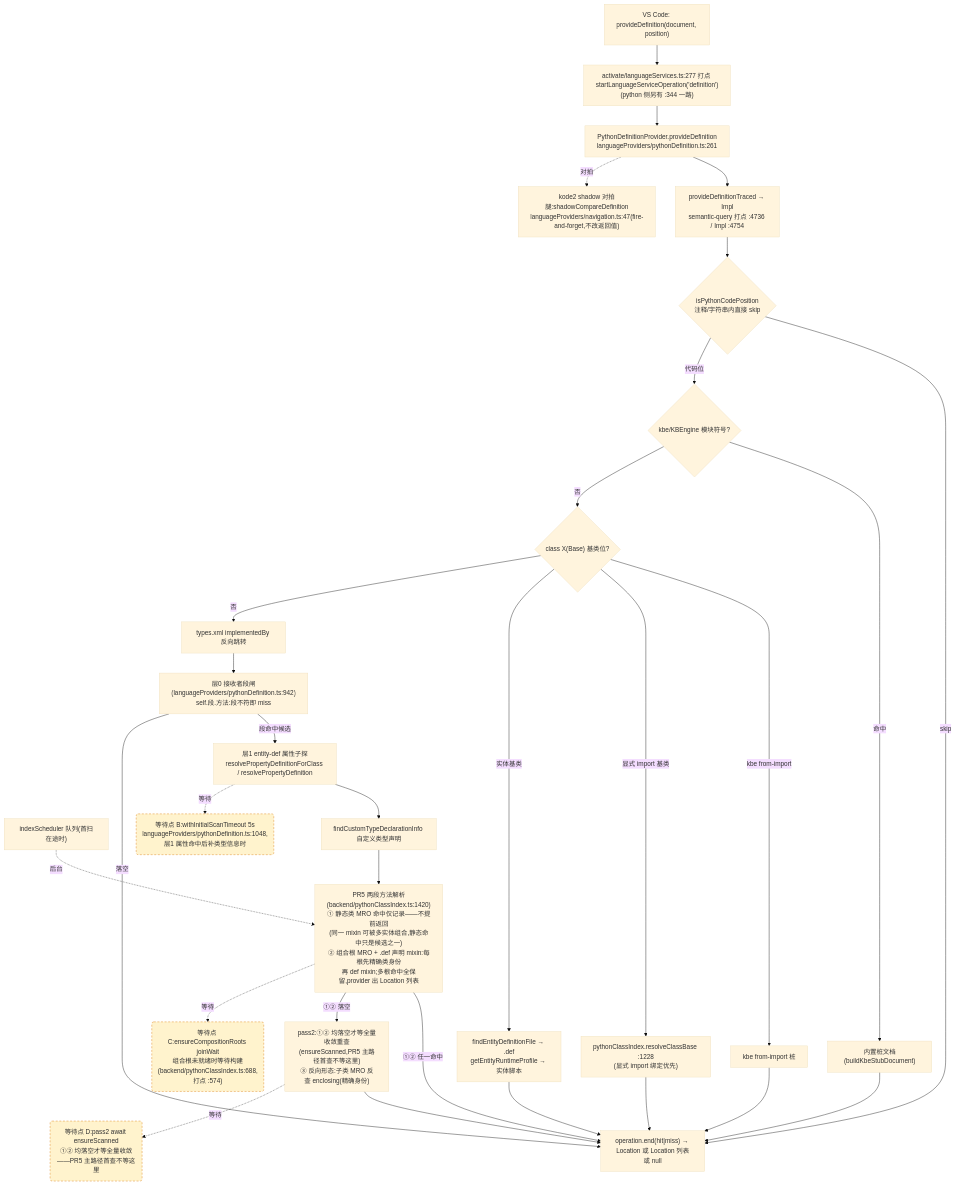
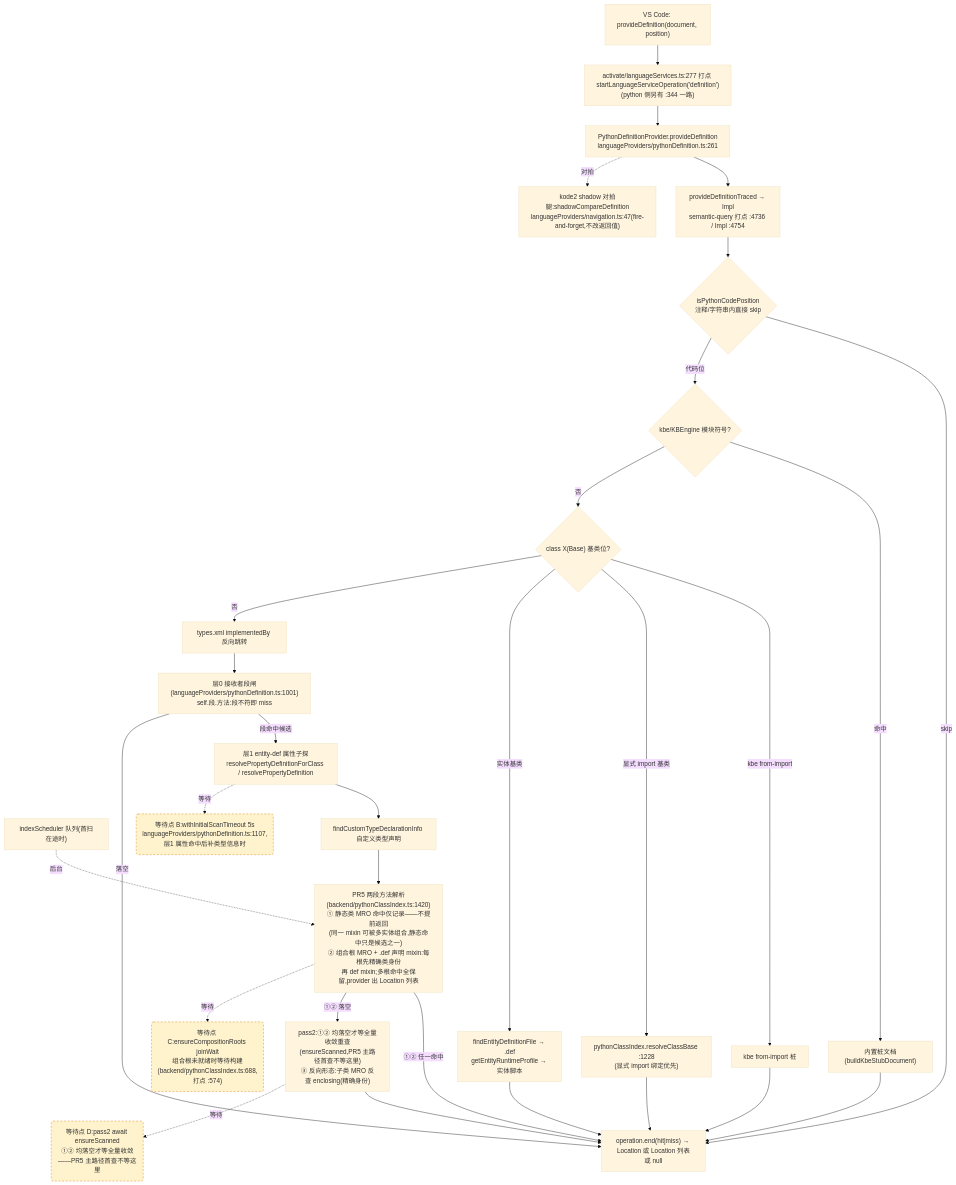
The second of 4 diagrams in docs/perf/2026-baseline.md (cuihairu/kode), drawn with Mermaid (base theme) before and after one commit. The commit also changed other lines of this file and 9 other files, not shown here.

````diff
--- a/docs/perf/2026-baseline.md
+++ b/docs/perf/2026-baseline.md
@@ -140,51 +142,51 @@
 ```mermaid
 flowchart TD
   VC2["VS Code: provideDefinition(document, position)"]
   M2["activate/languageServices.ts:277 打点 startLanguageServiceOperation('definition')<br/>(python 侧另有 :344 一路)"]
   AD2["PythonDefinitionProvider.provideDefinition<br/>languageProviders/pythonDefinition.ts:261"]
   TR["provideDefinitionTraced → Impl<br/>semantic-query 打点 :4736 / Impl :4754"]
   CTX{"isPythonCodePosition<br/>注释/字符串内直接 skip"}
   KBE{"kbe/KBEngine 模块符号?"}
   STUB["内置桩文档(buildKbeStubDocument)"]
   CB{"class X(Base) 基类位?"}
   CB1["kbe from-import 桩"]
   CB2["pythonClassIndex.resolveClassBase :1228<br/>(显式 import 绑定优先)"]
   CB3["findEntityDefinitionFile → .def<br/>getEntityRuntimeProfile → 实体脚本"]
   REV["types.xml implementedBy 反向跳转"]
-  L0["层0 接收者段闸(languageProviders/pythonDefinition.ts:942)<br/>self.段.方法:段不符即 miss"]
+  L0["层0 接收者段闸(languageProviders/pythonDefinition.ts:1001)<br/>self.段.方法:段不符即 miss"]
   L1["层1 entity-def 属性子探<br/>resolvePropertyDefinitionForClass / resolvePropertyDefinition"]
   SCAN["indexScheduler 队列(首扫在途时)"]
   TY["findCustomTypeDeclarationInfo 自定义类型声明"]
   MRO["PR5 两段方法解析(backend/pythonClassIndex.ts:1420)<br/>① 静态类 MRO 命中仅记录——不提前返回<br/>(同一 mixin 可被多实体组合,静态命中只是候选之一)<br/>② 组合根 MRO + .def 声明 mixin:每根先精确类身份<br/>再 def mixin;多根命中全保留,provider 出 Location 列表"]
   PASS2["pass2:①② 均落空才等全量收敛重查<br/>(ensureScanned,PR5 主路径首查不等这里)<br/>③ 反向形态:子类 MRO 反查 enclosing(精确身份)"]
   SHD["kode2 shadow 对拍腿:shadowCompareDefinition<br/>languageProviders/navigation.ts:47(fire-and-forget,不改返回值)"]
   END2["operation.end(hit|miss) → Location 或 Location 列表或 null"]
 
   VC2 --> M2 --> AD2 --> TR --> CTX
   CTX -- "skip" --> END2
   CTX -- "代码位" --> KBE
   KBE -- "命中" --> STUB --> END2
   KBE -- "否" --> CB
   CB -- "kbe from-import" --> CB1 --> END2
   CB -- "显式 import 基类" --> CB2 --> END2
   CB -- "实体基类" --> CB3 --> END2
   CB -- "否" --> REV --> L0
   L0 -- "段命中候选" --> L1
   L0 -- "落空" --> END2
   L1 --> TY
   TY --> MRO
   MRO -- "①② 任一命中" --> END2
   MRO -- "①② 落空" --> PASS2 --> END2
   AD2 -.->|对拍| SHD
 
-  WAITB("等待点 B:withInitialScanTimeout 5s<br/>languageProviders/pythonDefinition.ts:1048,层1 属性命中后补类型信息时")
+  WAITB("等待点 B:withInitialScanTimeout 5s<br/>languageProviders/pythonDefinition.ts:1107,层1 属性命中后补类型信息时")
   WAITC("等待点 C:ensureCompositionRoots joinWait<br/>组合根未就绪时等待构建(backend/pythonClassIndex.ts:688,打点 :574)")
   WAITD("等待点 D:pass2 await ensureScanned<br/>①② 均落空才等全量收敛——PR5 主路径首查不等这里")
   L1 -.->|等待| WAITB
   MRO -.->|等待| WAITC
   PASS2 -.->|等待| WAITD
   SCAN -.->|后台| MRO
 
   classDef waitPoint fill:#fff3cd,stroke:#d97706,stroke-dasharray:5 4;
   class WAITB,WAITC,WAITD waitPoint;
 ```
````
